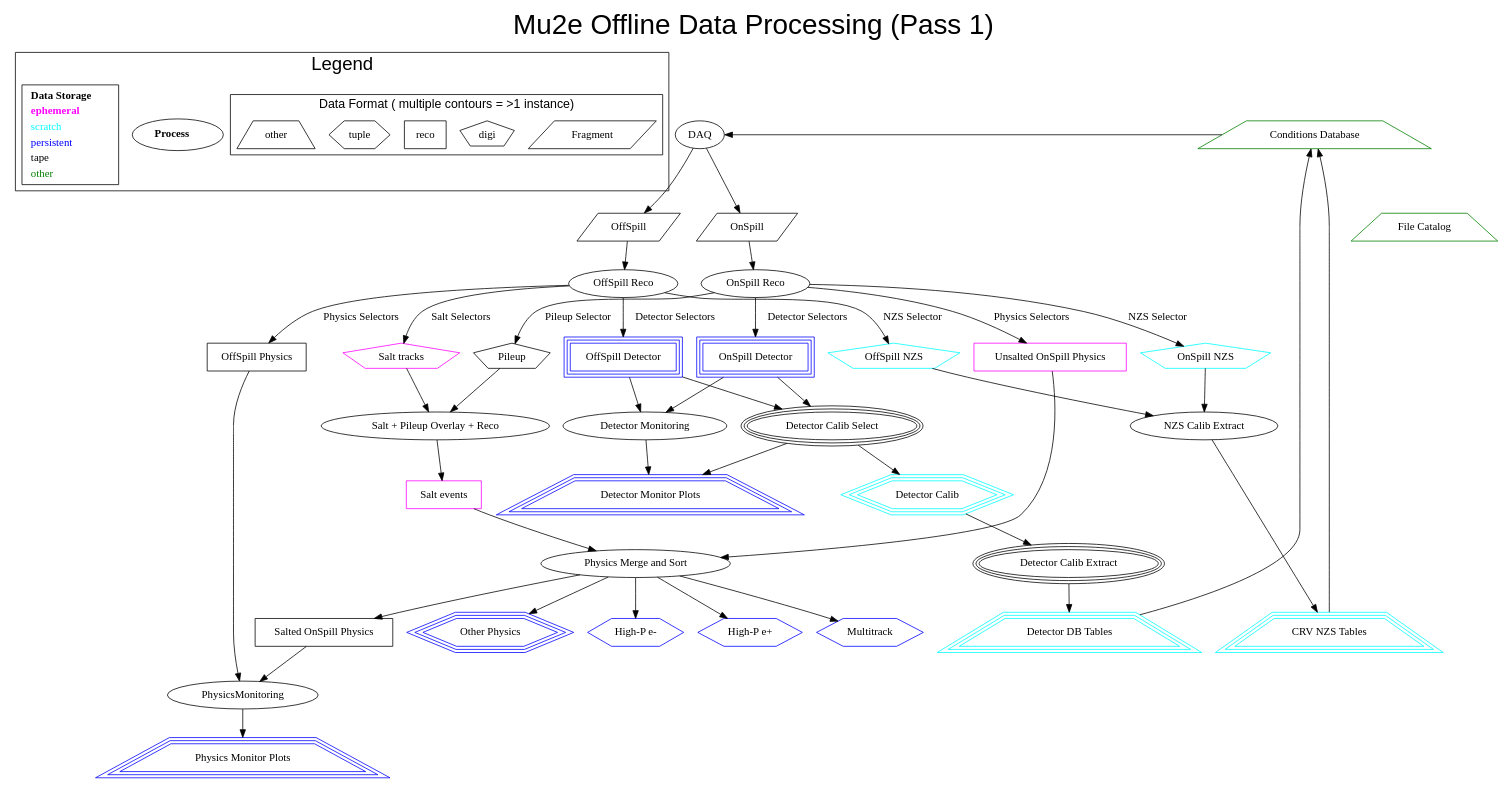
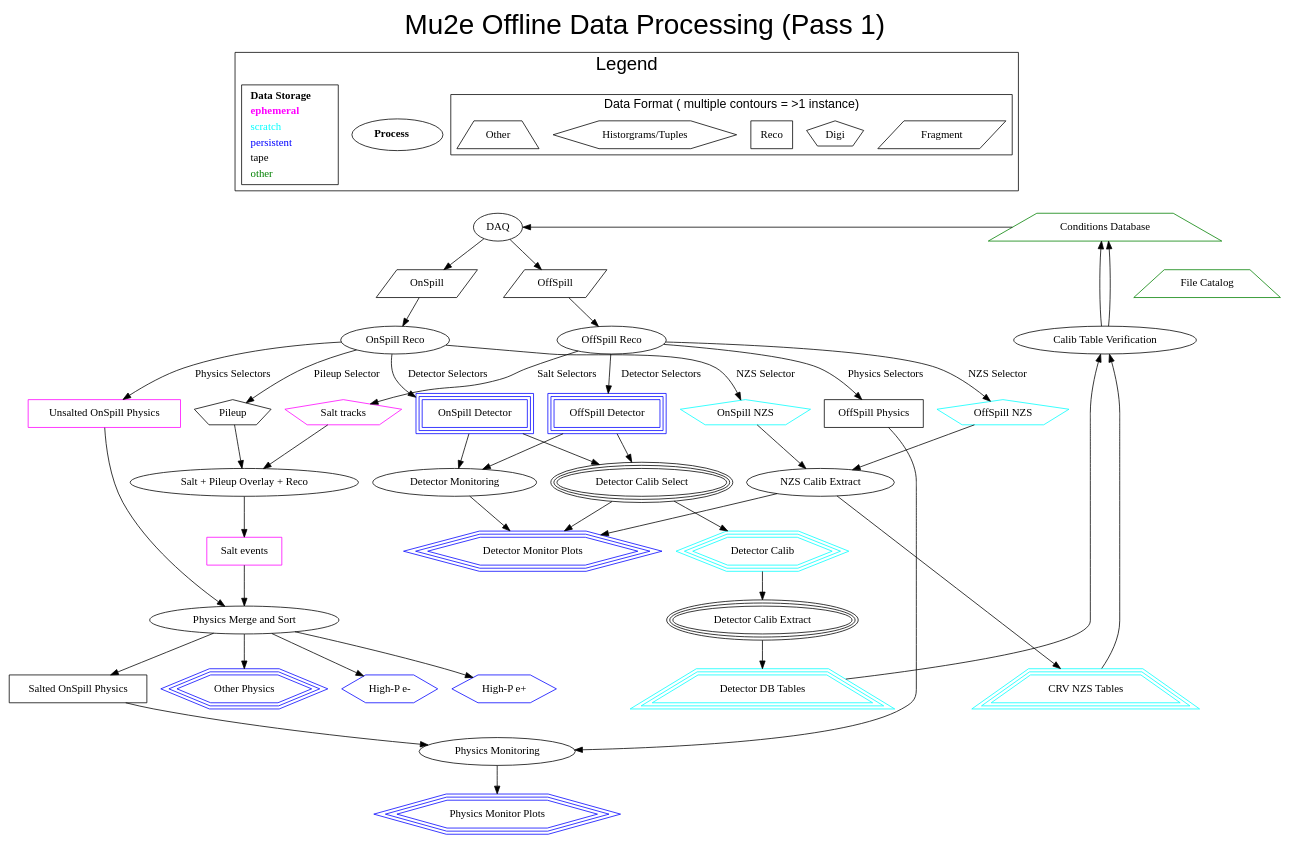
Before and after one commit to sophiemiddleton/Production: the diagram in Documents/pass1.dot, drawn with Graphviz. The commit also changed 1 other file, not shown here.

```diff
--- a/Documents/pass1.dot
+++ b/Documents/pass1.dot
@@ -28,12 +28,13 @@
       label="Data Format ( multiple contours = >1 instance)";
       fontsize=16;
       raw [shape=parallelogram, label="Fragment" ];
-      digi [shape=pentagon, lable="Reco" ];
-      reco [shape=box, lable="Reco" ];
-      tuple [shape=hexagon, lable="Tuple" ];
-      other [shape=trapezium, lable="Other" ];
+      digi [shape=pentagon, label="Digi" ];
+      reco [shape=box, label="Reco" ];
+      tuple [shape=hexagon, label="Historgrams/Tuples" ];
+      other [shape=trapezium, label="Other" ];
+//      raw -> digi -> reco -> tuple -> other [penwidth=0.0];
       {rank=same raw digi reco tuple other};
-    }
+   }
   }
 
   DAQ [
@@ -43,8 +44,6 @@
   ConditionsDB [ label="Conditions Database",
                shape=trapezium, color=green
   ];
-  ConditionsDB -> DAQ [constraint=false];
-  {rank=same ConditionsDB DAQ};
 
   Catalog[ label="File Catalog",
                shape=trapezium, color=green
@@ -59,9 +58,6 @@
     label="OnSpill",
     shape=parallelogram
   ]
-  DAQ->OffSpillFragments
-  DAQ->OnSpillFragments
-  {rank=same OffSpillFragments OnSpillFragments Catalog};
   // temporary on-disk samples
   //  - ephemeral collections, e.g. salt
   //  - accumulating collections, e.g. reconstructed signal-likes
@@ -124,11 +120,11 @@
     shape=hexagon,
     color=blue
   ];
-  MultiTrack [
-    label="Multitrack",
-    shape=hexagon,
-    color=blue
-  ];
+//  MultiTrack [
+//    label="Multitrack",
+//    shape=hexagon,
+//    color=blue
+//  ];
   OnSpillSalted [
     label="Salted OnSpill Physics",
     shape=box,
@@ -149,14 +145,14 @@
 
   DetMonPlots [
     label="Detector Monitor Plots",
-    shape=trapezium,
+    shape=hexagon,
     peripheries=3,
     color=blue
   ];
 
   PhysMonPlots [
     label="Physics Monitor Plots",
-    shape=trapezium,
+    shape=hexagon,
     peripheries=3,
     color=blue
   ];
@@ -174,8 +170,6 @@
     shape=trapezium,
     color=cyan
   ];
-  {rank=same DetDBTable NZSDBTable}
-  {rank=same OffSpillPhysics };
 
   // online high-level processing blocks
   OffSpillReco [
@@ -205,6 +199,11 @@
     shape=oval
   ];
 
+  TableVerify [
+    label="Calib Table Verification",
+    shape=oval
+  ];
+
   DetectorMonitoring [
     label="Detector Monitoring",
     shape=oval
@@ -219,11 +218,23 @@
     label="Physics Merge and Sort",
     shape=oval
   ];
+  PhysicsMonitoring [
+    label="Physics Monitoring",
+    shape=oval
+  ];
 
-  // TODO
-  //ation processors and preprocessors
 
   // dependencies
+
+  {rank=same ConditionsDB DAQ};
+  {rank=same OnSpillReco OffSpillReco TableVerify};
+  {rank=same OffSpillFragments OnSpillFragments Catalog};
+  {rank=same DetDBTable NZSDBTable}
+
+  ConditionsDB -> DAQ [constraint=false];
+  other->DAQ [penwidth=0.0,arrowsize=0.0];
+  DAQ->OffSpillFragments;
+  DAQ->OnSpillFragments;
   OffSpillFragments -> OffSpillReco;
   OnSpillFragments  -> OnSpillReco;
 
@@ -241,14 +252,15 @@
   OffSpillDetectorCalib    -> DetectorCalibSelect;
   OnSpillDetectorCalib     -> DetectorCalibSelect;
 
-  OffSpillDetectorCalib    -> DetectorMonitoring
-    OnSpillDetectorCalib     -> DetectorMonitoring;
+  OffSpillDetectorCalib    -> DetectorMonitoring;
+  OnSpillDetectorCalib     -> DetectorMonitoring;
 
   DetectorCalibSelect ->DetCalib;
   DetCalib -> DetectorCalibExtract;
   DetectorCalibExtract -> DetDBTable;
-  //  DetDBTable -> ConditionsDB [label="Calibration Verification"];
-  DetDBTable -> ConditionsDB;
+
+  DetDBTable -> TableVerify;
+  TableVerify -> ConditionsDB;
 
   DetectorCalibSelect -> DetMonPlots;
   DetectorMonitoring -> DetMonPlots;
@@ -256,7 +268,9 @@
   OffSpillNZS -> NZSCalibExtract;
   OnSpillNZS -> NZSCalibExtract;
   NZSCalibExtract -> NZSDBTable;
-  NZSDBTable -> ConditionsDB;
+  NZSCalibExtract -> DetMonPlots;
+  NZSDBTable -> TableVerify;
+  TableVerify -> ConditionsDB;
 
   SaltTracks        -> SaltOverlay;
   Pileup -> SaltOverlay;
@@ -269,7 +283,7 @@
   PhysicsMerging -> OnSpillSalted;
   PhysicsMerging -> HighPNegative;
   PhysicsMerging -> HighPPositive;
-  PhysicsMerging -> MultiTrack;
+//  PhysicsMerging -> MultiTrack;
   PhysicsMerging -> Other;
 
   OffSpillPhysics -> PhysicsMonitoring;
```
